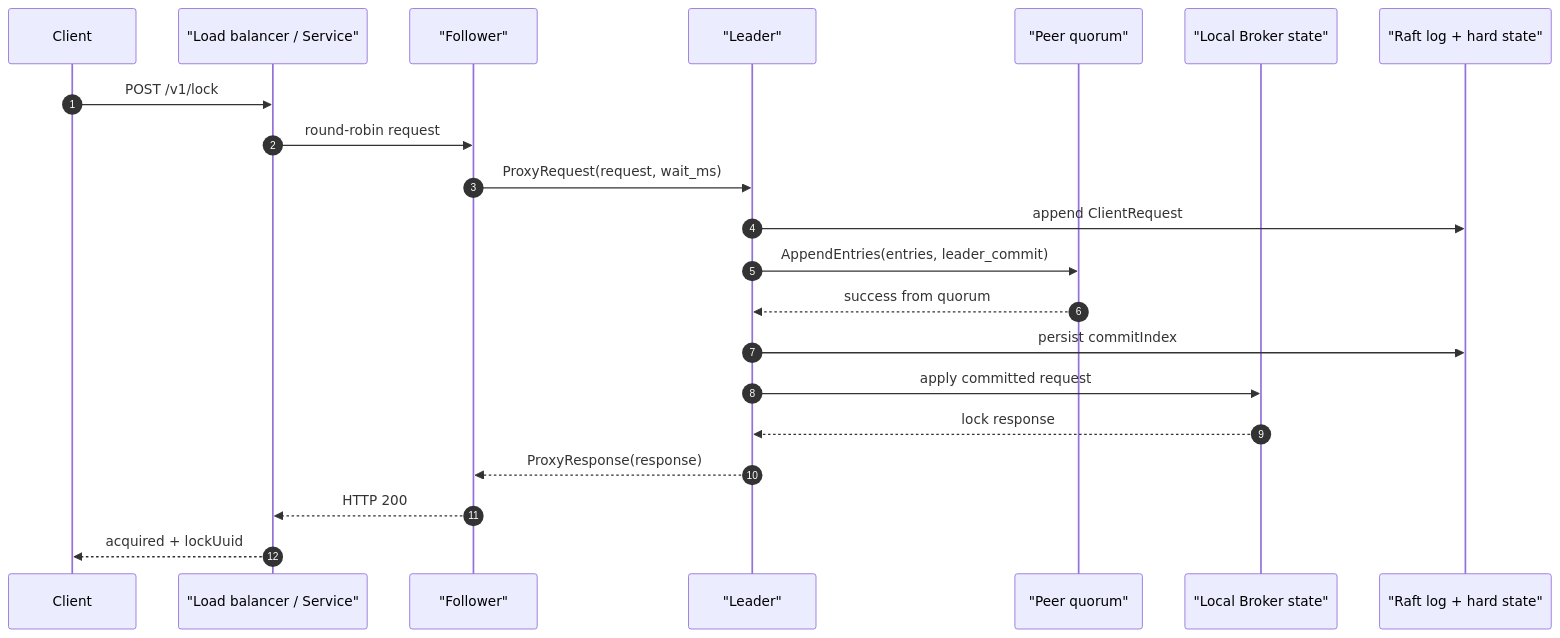
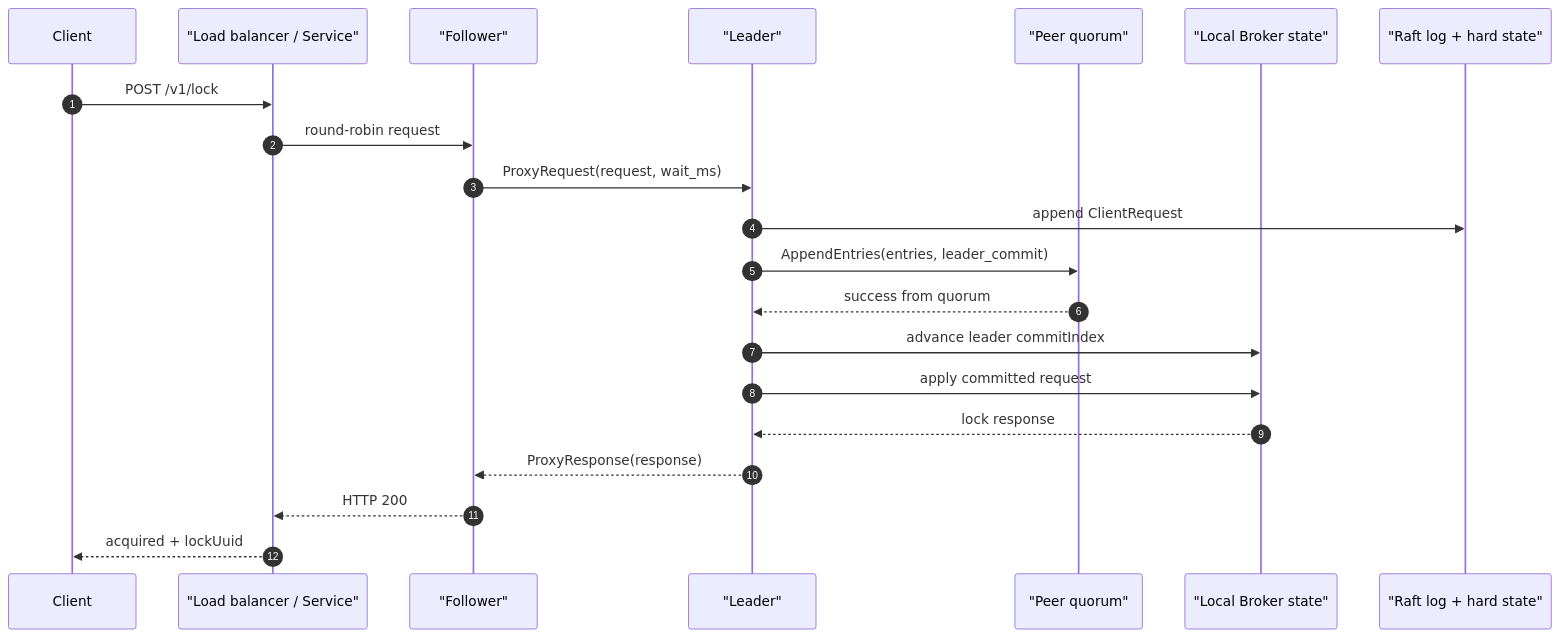
One commit to ORESoftware/live-mutex-rs changed the second of 4 diagrams in docs/raft.md. Above: the diagram before and after it, drawn with Mermaid. The commit also changed other lines of this file and 13 other files, not shown here.

````diff
--- a/docs/raft.md
+++ b/docs/raft.md
@@ -83,24 +196,24 @@
 ```mermaid
 sequenceDiagram
   autonumber
   participant Client
   participant LB as "Load balancer / Service"
   participant F as "Follower"
   participant L as "Leader"
   participant P as "Peer quorum"
   participant B as "Local Broker state"
   participant Disk as "Raft log + hard state"
 
   Client->>LB: POST /v1/lock
   LB->>F: round-robin request
   F->>L: ProxyRequest(request, wait_ms)
   L->>Disk: append ClientRequest
   L->>P: AppendEntries(entries, leader_commit)
   P-->>L: success from quorum
-  L->>Disk: persist commitIndex
+  L->>B: advance leader commitIndex
   L->>B: apply committed request
   B-->>L: lock response
   L-->>F: ProxyResponse(response)
   F-->>LB: HTTP 200
   LB-->>Client: acquired + lockUuid
 ```
````
